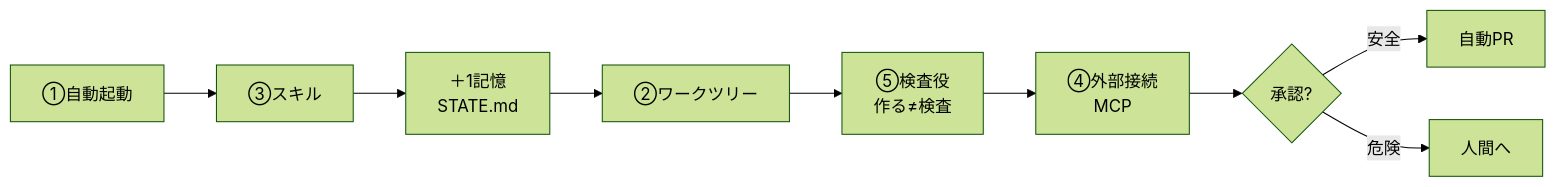
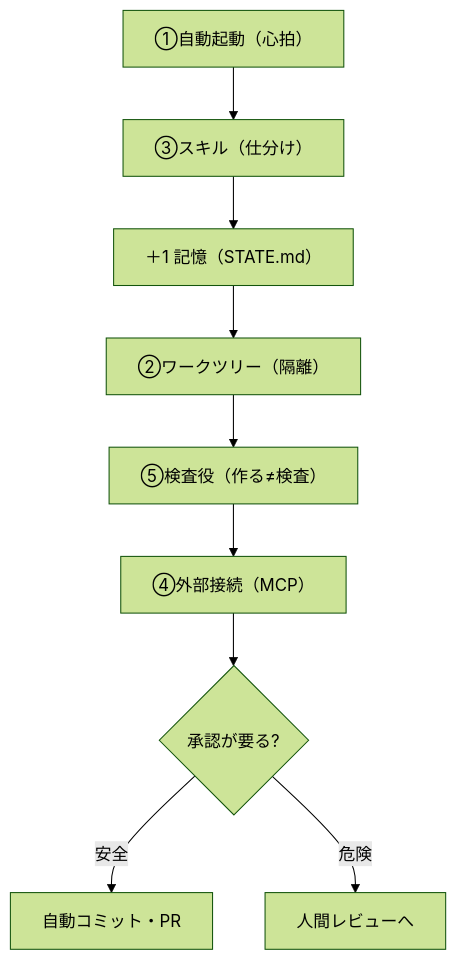
Before and after one commit to Daisuke134/anicca: the fifth of 7 diagrams in docs/articles/2026-06-27-loop-engineering-jp.md, drawn with Mermaid (forest theme). The commit also changed other lines of this file, not shown here.

Commit message:
diagrams final: anatomy+ladder vertical short-labels (readable, moderate height); verified each on note browser render

````diff
--- a/docs/articles/2026-06-27-loop-engineering-jp.md
+++ b/docs/articles/2026-06-27-loop-engineering-jp.md
@@ -113,6 +113,6 @@
 ```mermaid
-flowchart LR
-  A["①自動起動"] --> B["③スキル"] --> M["＋1記憶<br/>STATE.md"] --> W["②ワークツリー"] --> S["⑤検査役<br/>作る≠検査"] --> X["④外部接続<br/>MCP"] --> Q{"承認?"}
-  Q -->|"安全"| P["自動PR"]
-  Q -->|"危険"| H["人間へ"]
+flowchart TD
+  A["①自動起動（心拍）"] --> B["③スキル（仕分け）"] --> M["＋1 記憶（STATE.md）"] --> W["②ワークツリー（隔離）"] --> S["⑤検査役（作る≠検査）"] --> X["④外部接続（MCP）"] --> Q{"承認が要る?"}
+  Q -->|"安全"| P["自動コミット・PR"]
+  Q -->|"危険"| H["人間レビューへ"]
 ```
````
